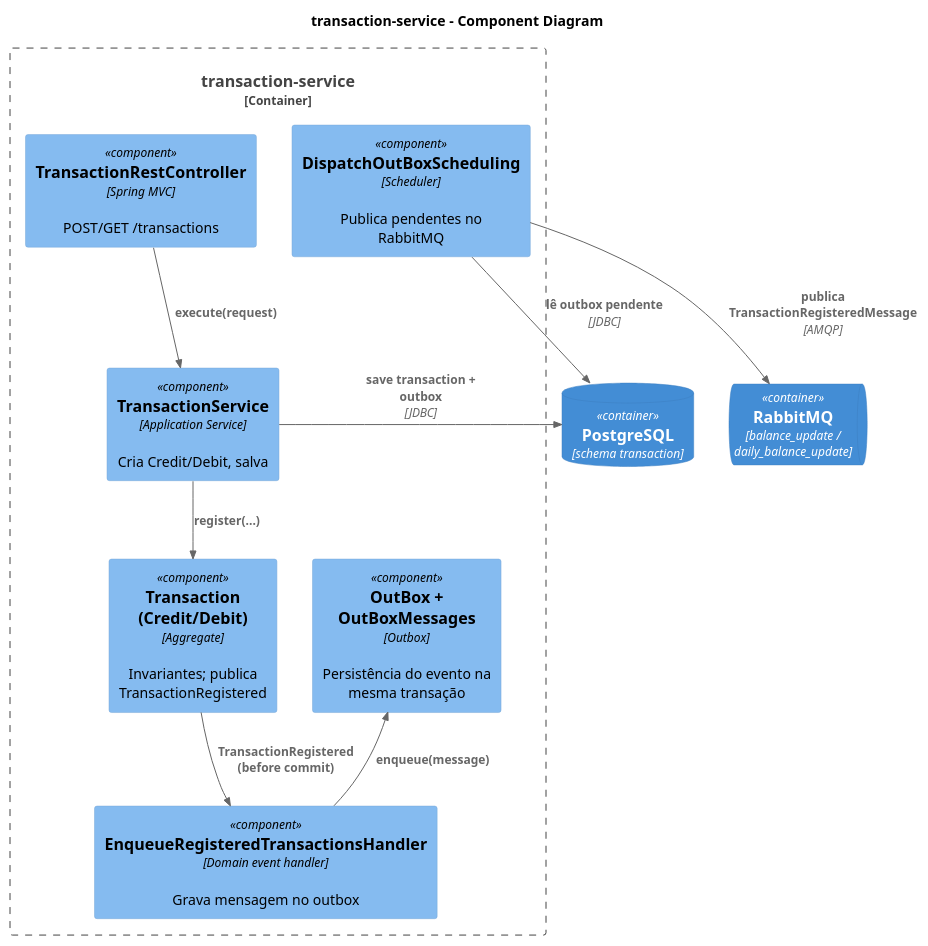
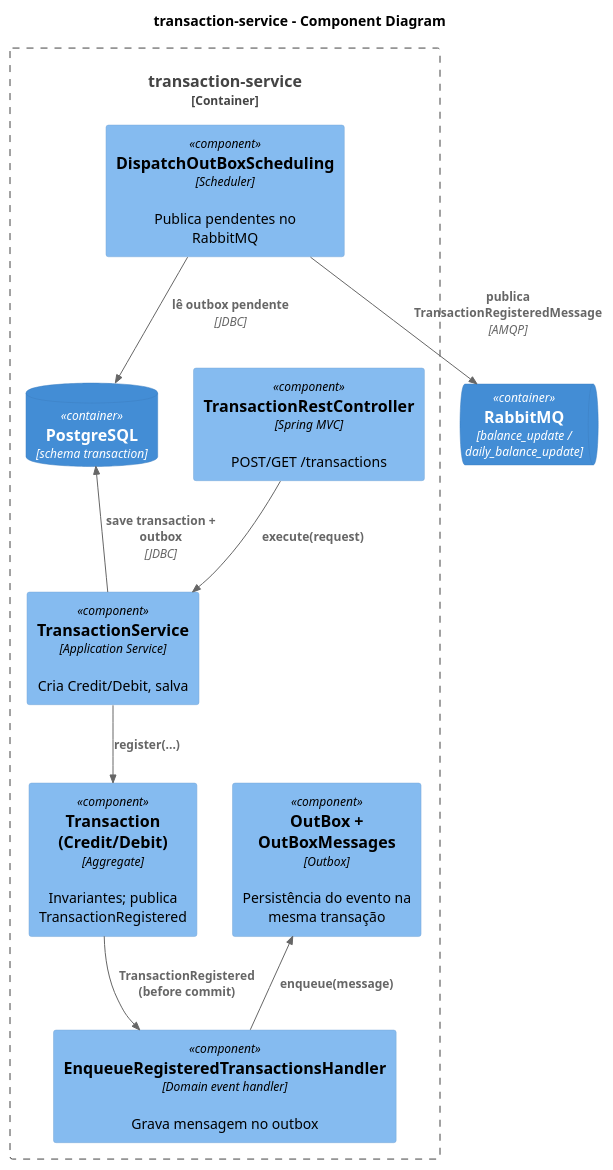
Before and after one commit to carlosmachado/cash-flow-control: the diagram in docs/diagrams/c4-component-transaction-service.puml, drawn with PlantUML. The commit also changed 35 other files, not shown here.

```diff
--- a/docs/diagrams/c4-component-transaction-service.puml
+++ b/docs/diagrams/c4-component-transaction-service.puml
@@ -1,27 +1,28 @@
 @startuml c4-component-transaction-service
 ' C4 Level 3 - Components (transaction-service)
 !include https://raw.githubusercontent.com/plantuml-stdlib/C4-PlantUML/master/C4_Component.puml
 
 title transaction-service - Component Diagram
 
 Container_Boundary(tx, "transaction-service") {
   Component(ctrl, "TransactionRestController", "Spring MVC", "POST/GET /transactions")
   Component(svc, "TransactionService", "Application Service", "Cria Credit/Debit, salva")
   Component(agg, "Transaction (Credit/Debit)", "Aggregate", "Invariantes; publica TransactionRegistered")
   Component(handler, "EnqueueRegisteredTransactionsHandler", "Domain event handler", "Grava mensagem no outbox")
   Component(outbox, "OutBox + OutBoxMessages", "Outbox", "Persistência do evento na mesma transação")
   Component(disp, "DispatchOutBoxScheduling", "Scheduler", "Publica pendentes no RabbitMQ")
+
+  ContainerDb(pg, "PostgreSQL", "schema transaction")
 }
 
-ContainerDb(pg, "PostgreSQL", "schema transaction")
 ContainerQueue(rmq, "RabbitMQ", "balance_update / daily_balance_update")
 
 Rel(ctrl, svc, "execute(request)")
 Rel(svc, agg, "register(...)")
 Rel(agg, handler, "TransactionRegistered (before commit)")
 Rel_U(handler, outbox, "enqueue(message)")
 Rel_U(svc, pg, "save transaction + outbox", "JDBC")
 Rel(disp, pg, "lê outbox pendente", "JDBC")
 Rel(disp, rmq, "publica TransactionRegisteredMessage", "AMQP")
 
 @enduml
```
